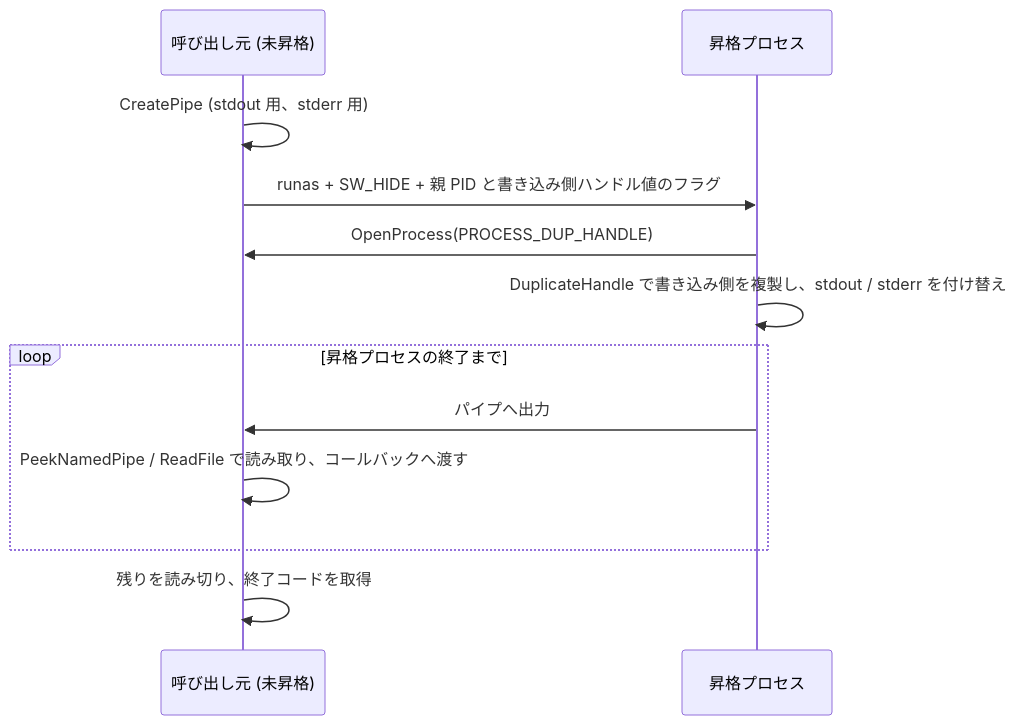
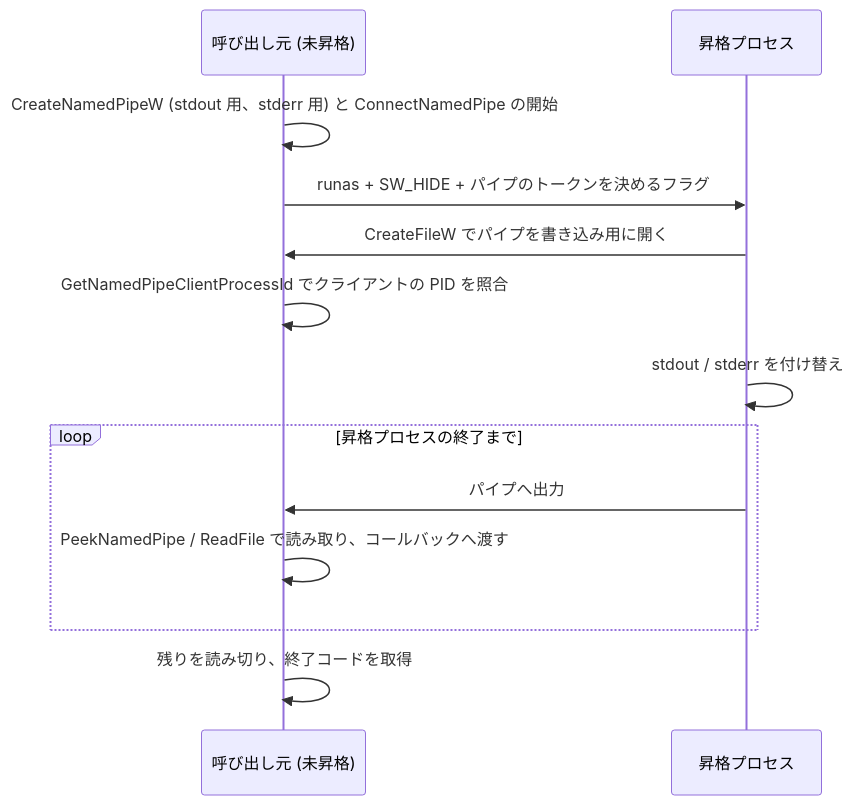
The diagram in prod/libsrc/cplat/runtime/README.md (Hondarer/app_cplat), drawn with Mermaid before and after one commit. The commit also changed other lines of this file and 112 other files, not shown here.

````diff
--- a/prod/libsrc/cplat/runtime/README.md
+++ b/prod/libsrc/cplat/runtime/README.md
@@ -72,15 +74,16 @@
 ```mermaid
 sequenceDiagram
     autonumber off
     participant P as 呼び出し元 (未昇格)
     participant C as 昇格プロセス
-    P->>P: CreatePipe (stdout 用、stderr 用)
-    P->>C: runas + SW_HIDE + 親 PID と書き込み側ハンドル値のフラグ
-    C->>P: OpenProcess(PROCESS_DUP_HANDLE)
-    C->>C: DuplicateHandle で書き込み側を複製し、stdout / stderr を付け替え
+    P->>P: CreateNamedPipeW (stdout 用、stderr 用) と ConnectNamedPipe の開始
+    P->>C: runas + SW_HIDE + パイプのトークンを決めるフラグ
+    C->>P: CreateFileW でパイプを書き込み用に開く
+    P->>P: GetNamedPipeClientProcessId でクライアントの PID を照合
+    C->>C: stdout / stderr を付け替え
     loop 昇格プロセスの終了まで
         C->>P: パイプへ出力
         P->>P: PeekNamedPipe / ReadFile で読み取り、コールバックへ渡す
     end
     P->>P: 残りを読み切り、終了コードを取得
 ```
````
